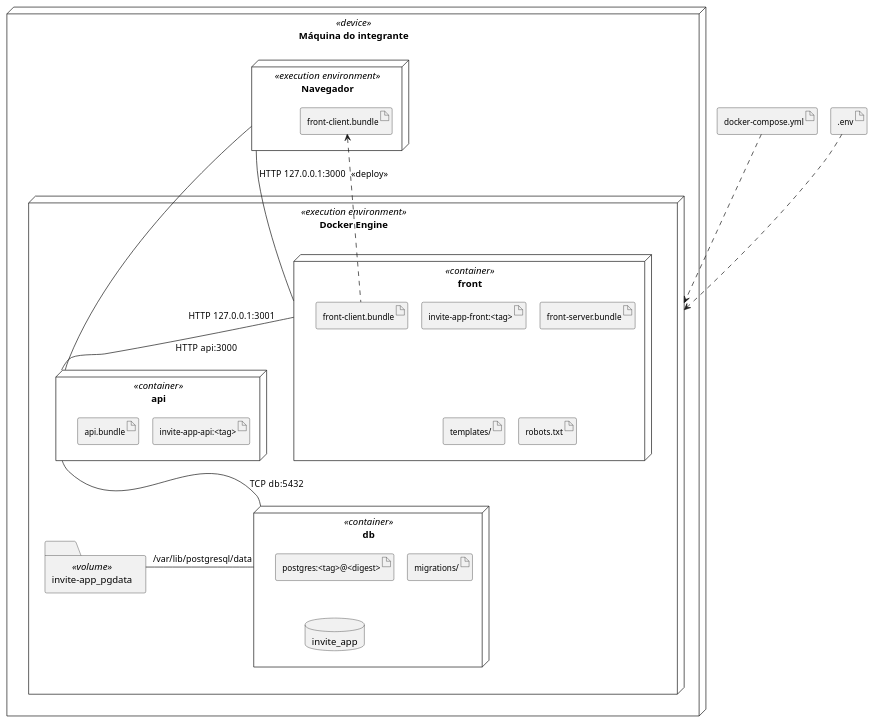
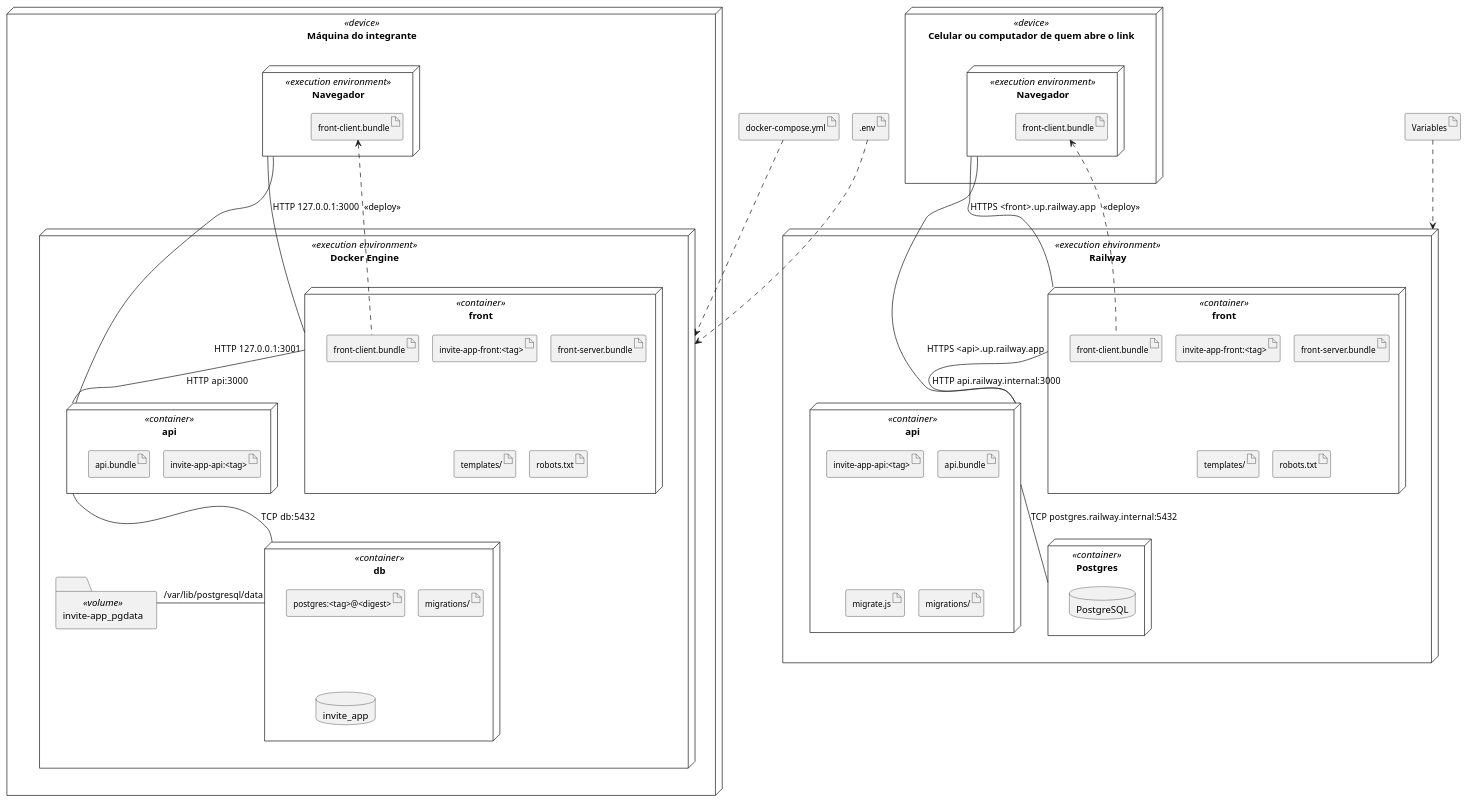
Before and after one commit to tcpassos/invite-app: the diagram in docs/.attachments/diagrama-de-implantacao.puml, drawn with PlantUML. The commit also changed 27 other files, not shown here.

```diff
--- a/docs/.attachments/diagrama-de-implantacao.puml
+++ b/docs/.attachments/diagrama-de-implantacao.puml
@@ -1,62 +1,103 @@
 @startuml diagrama-de-implantacao
 ' Fonte do Diagrama de Implantação da Sprint 2, item #60 do Azure Boards.
 ' Gera o PNG sem instalar nada além do Docker, a partir da pasta onde este arquivo está:
 '   docker run --rm -v "<caminho>:/data" plantuml/plantuml -tpng /data/diagrama-de-implantacao.puml
 ' No Windows, <caminho> é o caminho absoluto da pasta, por exemplo D:\invite-app\docs\.attachments
-' Um dispositivo só, porque o ADR-0003 fecha a execução no host de desenvolvimento.
+' Dois ambientes, pelo ADR-0015: o host de desenvolvimento, que era o único no ADR-0003, e o
+' Railway, com os três serviços publicados para a demonstração e o navegador noutro dispositivo.
 ' Os três containers vêm do ADR-0002 e os artefatos da seção 10.3 do Guia da Arquitetura.
 ' O diagrama traz rótulo, não explicação. A leitura fica na página do Diagrama de Implantação.
 
 skinparam shadowing false
 skinparam monochrome true
 skinparam defaultTextAlignment center
 skinparam nodesep 20
 skinparam ranksep 35
 skinparam artifactFontSize 12
 
 node "Máquina do integrante" <<device>> as HOST {
 
   node "Navegador" <<execution environment>> as BROWSER {
     artifact "front-client.bundle" as CLIENTRT
   }
 
   node "Docker Engine" <<execution environment>> as ENGINE {
 
     node "front" <<container>> as CFRONT {
       artifact "invite-app-front:<tag>" as IMGFRONT
       artifact "front-server.bundle" as SRVBUNDLE
       artifact "front-client.bundle" as CLIENTBUNDLE
       artifact "templates/" as TPL
       artifact "robots.txt" as ROBOTS
     }
 
     node "api" <<container>> as CAPI {
       artifact "invite-app-api:<tag>" as IMGAPI
       artifact "api.bundle" as APIBUNDLE
     }
 
     node "db" <<container>> as CDB {
       artifact "postgres:<tag>@<digest>" as IMGDB
       artifact "migrations/" as MIG
       database "invite_app" as DB
     }
 
     folder "invite-app_pgdata" <<volume>> as VOL
   }
 }
 
+node "Celular ou computador de quem abre o link" <<device>> as USERDEV {
+  node "Navegador" <<execution environment>> as RBROWSER {
+    artifact "front-client.bundle" as RCLIENTRT
+  }
+}
+
+node "Railway" <<execution environment>> as RAILWAY {
+
+  node "front" <<container>> as RFRONT {
+    artifact "invite-app-front:<tag>" as RIMGFRONT
+    artifact "front-server.bundle" as RSRVBUNDLE
+    artifact "front-client.bundle" as RCLIENTBUNDLE
+    artifact "templates/" as RTPL
+    artifact "robots.txt" as RROBOTS
+  }
+
+  node "api" <<container>> as RAPI {
+    artifact "invite-app-api:<tag>" as RIMGAPI
+    artifact "api.bundle" as RAPIBUNDLE
+    artifact "migrate.js" as RMIGRATE
+    artifact "migrations/" as RMIG
+  }
+
+  node "Postgres" <<container>> as RDBNODE {
+    database "PostgreSQL" as RDB
+  }
+}
+
 artifact "docker-compose.yml" as COMPOSE
 artifact ".env" as ENV
+artifact "Variables" as RVARS
 
 BROWSER -down- CFRONT : "HTTP  127.0.0.1:3000"
 BROWSER -down- CAPI : "HTTP  127.0.0.1:3001"
 CFRONT -down- CAPI : "HTTP  api:3000"
 CAPI -down- CDB : "TCP  db:5432"
 CDB -right- VOL : "/var/lib/postgresql/data"
 
 CLIENTBUNDLE .up.> CLIENTRT : "<<deploy>>"
 
 COMPOSE .down.> ENGINE
 ENV .down.> ENGINE
 
+HOST -[hidden]right- USERDEV
+
+RBROWSER -down- RFRONT : "HTTPS  <front>.up.railway.app"
+RBROWSER -down- RAPI : "HTTPS  <api>.up.railway.app"
+RFRONT -down- RAPI : "HTTP  api.railway.internal:3000"
+RAPI -down- RDBNODE : "TCP  postgres.railway.internal:5432"
+
+RCLIENTBUNDLE .up.> RCLIENTRT : "<<deploy>>"
+
+RVARS .down.> RAILWAY
+
 @enduml
```
